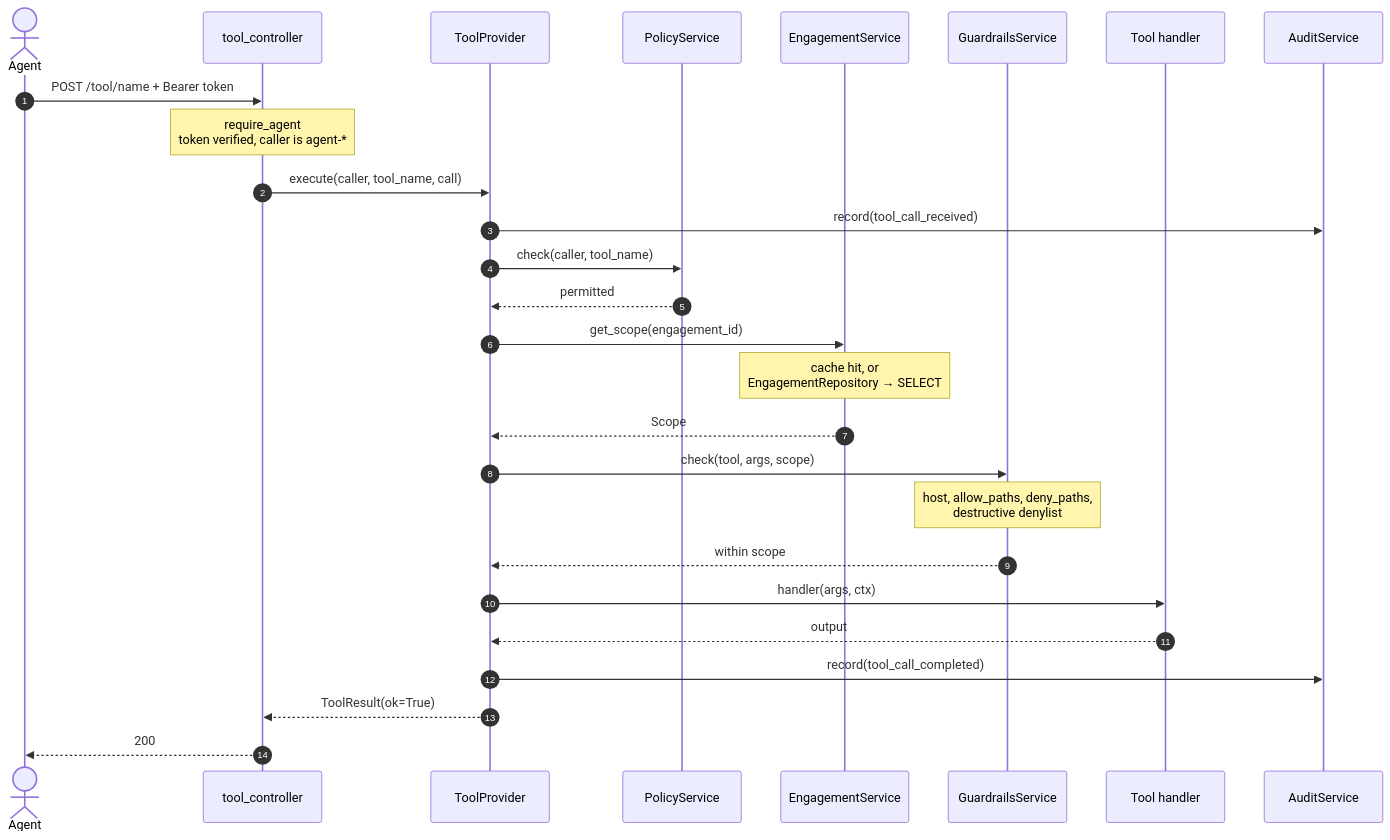
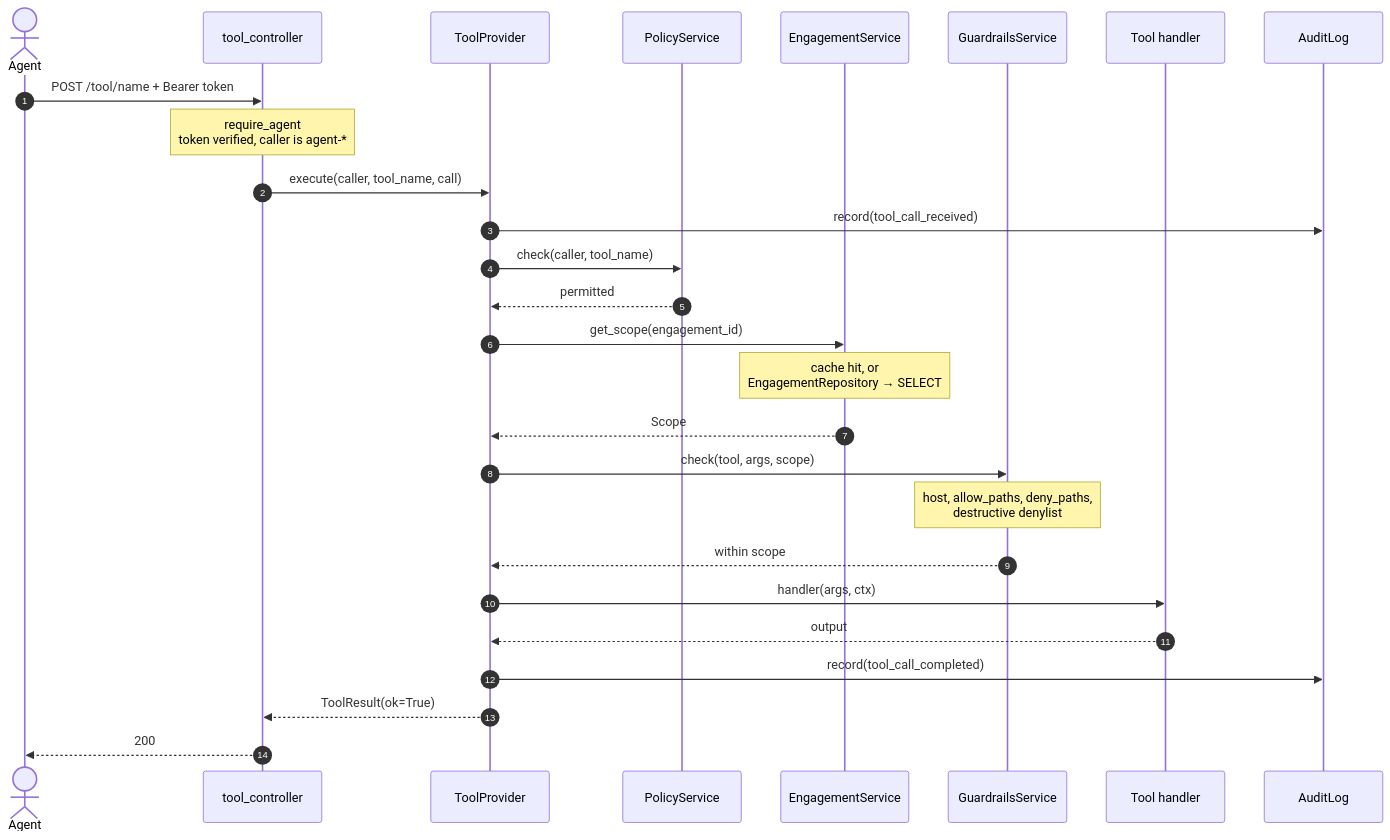
The first of 2 diagrams in docs/tool-call-flow.md (bumapp/APTS), drawn with Mermaid before and after one commit. The commit also changed other lines of this file and 36 other files, not shown here.

First line of the commit message:
refactor: de-duplicate shared code, delete dead code, fix schema drift

````diff
--- a/docs/tool-call-flow.md
+++ b/docs/tool-call-flow.md
@@ -23,30 +23,30 @@
 ```mermaid
 sequenceDiagram
     autonumber
     actor Agent
     participant C as tool_controller
     participant V as ToolProvider
     participant P as PolicyService
     participant E as EngagementService
     participant G as GuardrailsService
     participant T as Tool handler
-    participant L as AuditService
+    participant L as AuditLog
 
     Agent->>C: POST /tool/name + Bearer token
     Note over C: require_agent<br/>token verified, caller is agent-*
     C->>V: execute(caller, tool_name, call)
     V->>L: record(tool_call_received)
     V->>P: check(caller, tool_name)
     P-->>V: permitted
     V->>E: get_scope(engagement_id)
     Note over E: cache hit, or<br/>EngagementRepository → SELECT
     E-->>V: Scope
     V->>G: check(tool, args, scope)
     Note over G: host, allow_paths, deny_paths,<br/>destructive denylist
     G-->>V: within scope
     V->>T: handler(args, ctx)
     T-->>V: output
     V->>L: record(tool_call_completed)
     V-->>C: ToolResult(ok=True)
     C-->>Agent: 200
 ```
````
